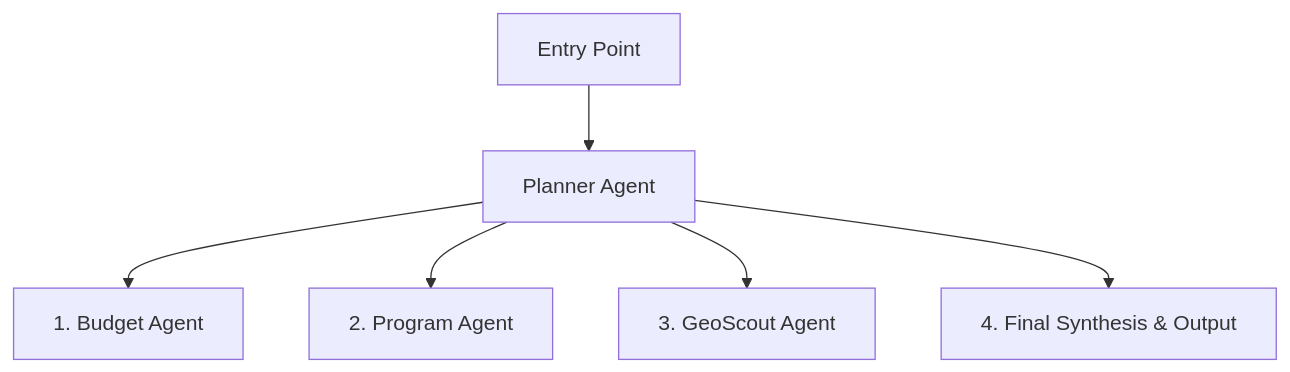
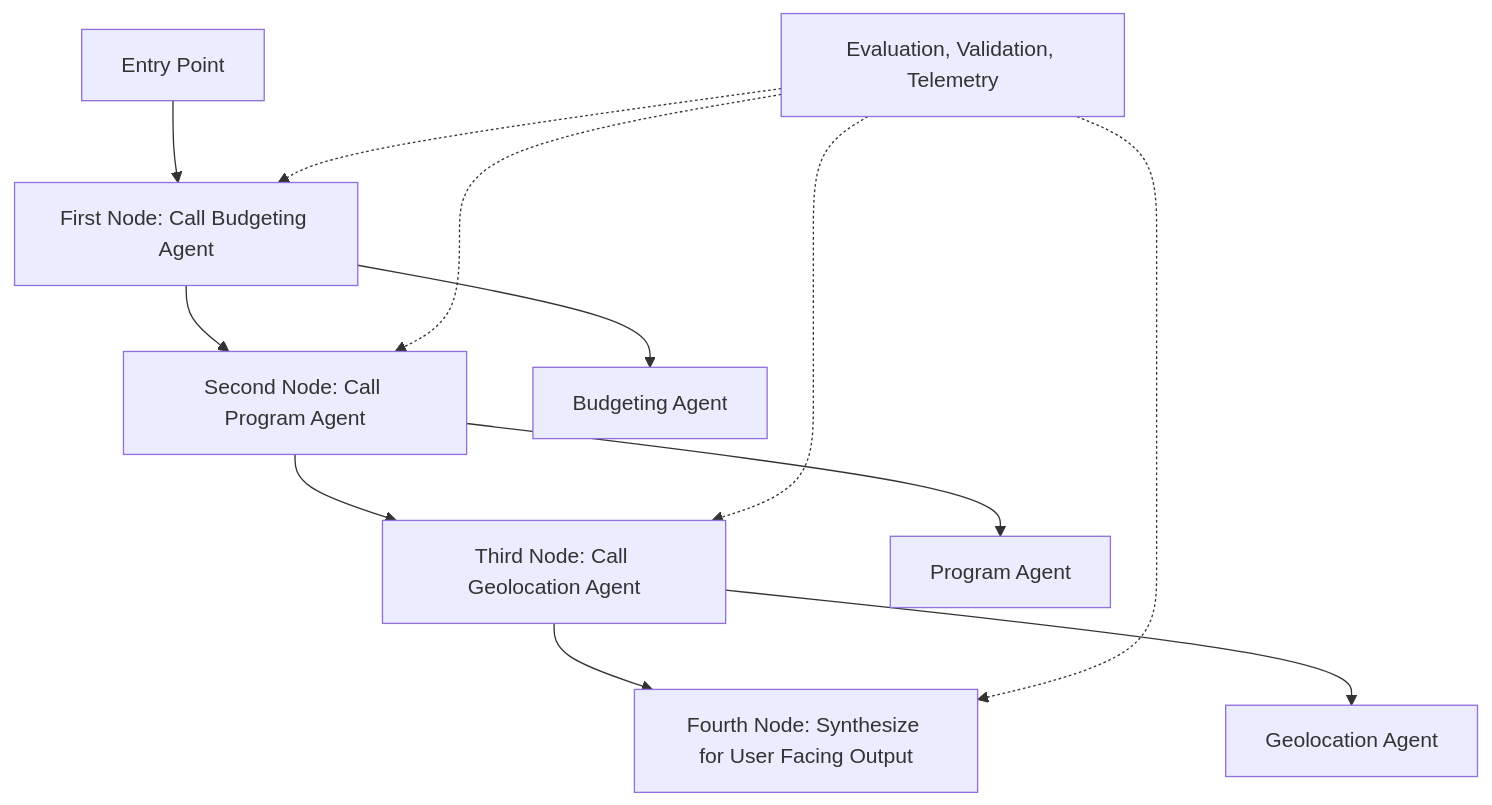
Before and after one commit to huacchob/civic-assistant-team-5: the diagram in README.md, drawn with Mermaid. The commit also changed other lines of this file and 8 other files, not shown here.

Commit message:
feat: add budgeting agent and baseline

````diff
--- a/README.md
+++ b/README.md
@@ -35,8 +35,16 @@
 ```mermaid
 flowchart TD
-  F[Entry Point] --> A[Planner Agent]
-  A --> B[1. Budget Agent]
-  A --> C[2. Program Agent]
-  A --> D[3. GeoScout Agent]
-  A --> E[4. Final Synthesis & Output]
+  A[Entry Point] --> B[First Node: Call Budgeting Agent]
+  B --> C[Second Node: Call Program Agent]
+  C --> D[Third Node: Call Geolocation Agent]
+  D --> E[Fourth Node: Synthesize for User Facing Output]
+
+  B --> F[Budgeting Agent]
+  C --> G[Program Agent]
+  D --> H[Geolocation Agent]
+
+  I[Evaluation, Validation, Telemetry] -.-> B
+  I -.-> C
+  I -.-> D
+  I -.-> E
 ```
````
